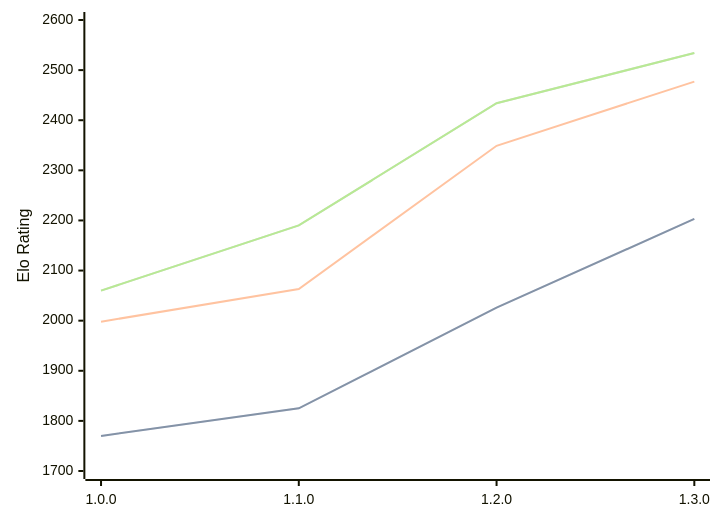
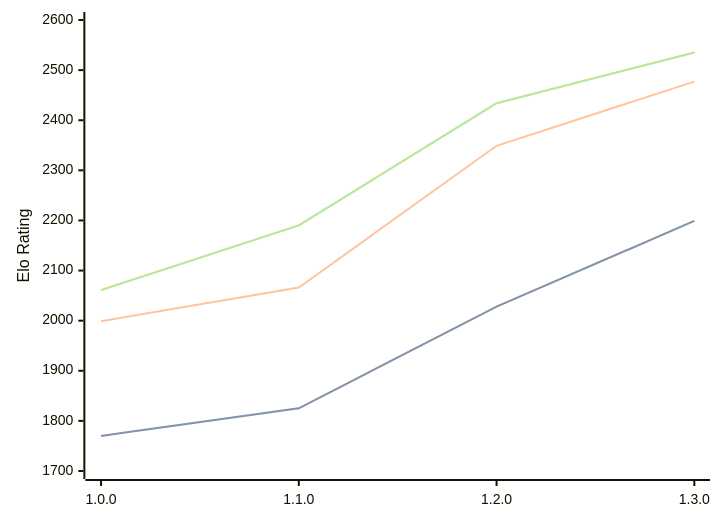
Before and after one commit to computer-chess-index/cci: the diagram in engines/Anodos.md, drawn with Mermaid. The commit also changed other lines of this file, not shown here.

Commit message:
Update CCI Ratings (ELO VLTC) - 2026-04-22

````diff
--- a/engines/Anodos.md
+++ b/engines/Anodos.md
@@ -45,11 +45,11 @@
 ```mermaid
 %%{init: {"theme":"base","themeVariables":{"seriesColors:['#a3a3a3','#222221','#faa371']}}}%%
 xychart-beta
   x-axis ["1.0.0", "1.1.0", "1.2.0", "1.3.0"]
   y-axis "Elo Rating" 1700 --> 2600
-  line "STC (8.0+0.08s)" [1770, 1825, 2026, 2203]
-  line "STC (8.0+0.08s)" [1770, 1825, 2026, 2203]
-  line "LTC (60.0+0.60s)" [1998, 2063, 2349, 2477]
-  line "VLTC (2m24s+1.12s)" [2060, 2190, 2434, 2534]
-  line "VLTC (2m24s+1.12s)" [2060, 2190, 2434, 2534]
+  line "STC (8.0+0.08s)" [1770, 1825, 2028, 2199]
+  line "STC (8.0+0.08s)" [1770, 1825, 2028, 2199]
+  line "LTC (60.0+0.60s)" [1999, 2066, 2349, 2477]
+  line "VLTC (2m24s+1.12s)" [2061, 2190, 2434, 2535]
+  line "VLTC (2m24s+1.12s)" [2061, 2190, 2434, 2535]
 ```
````
